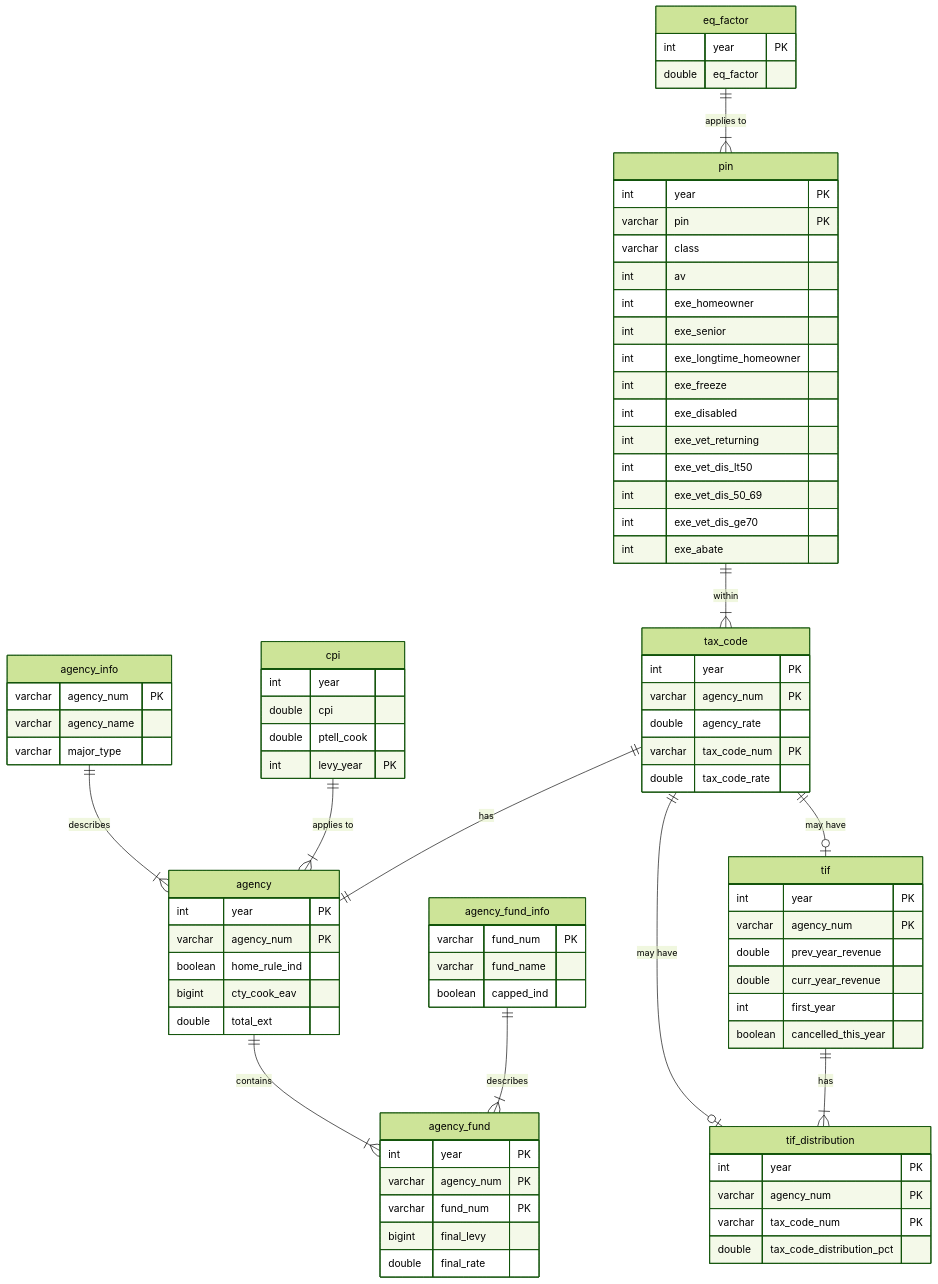
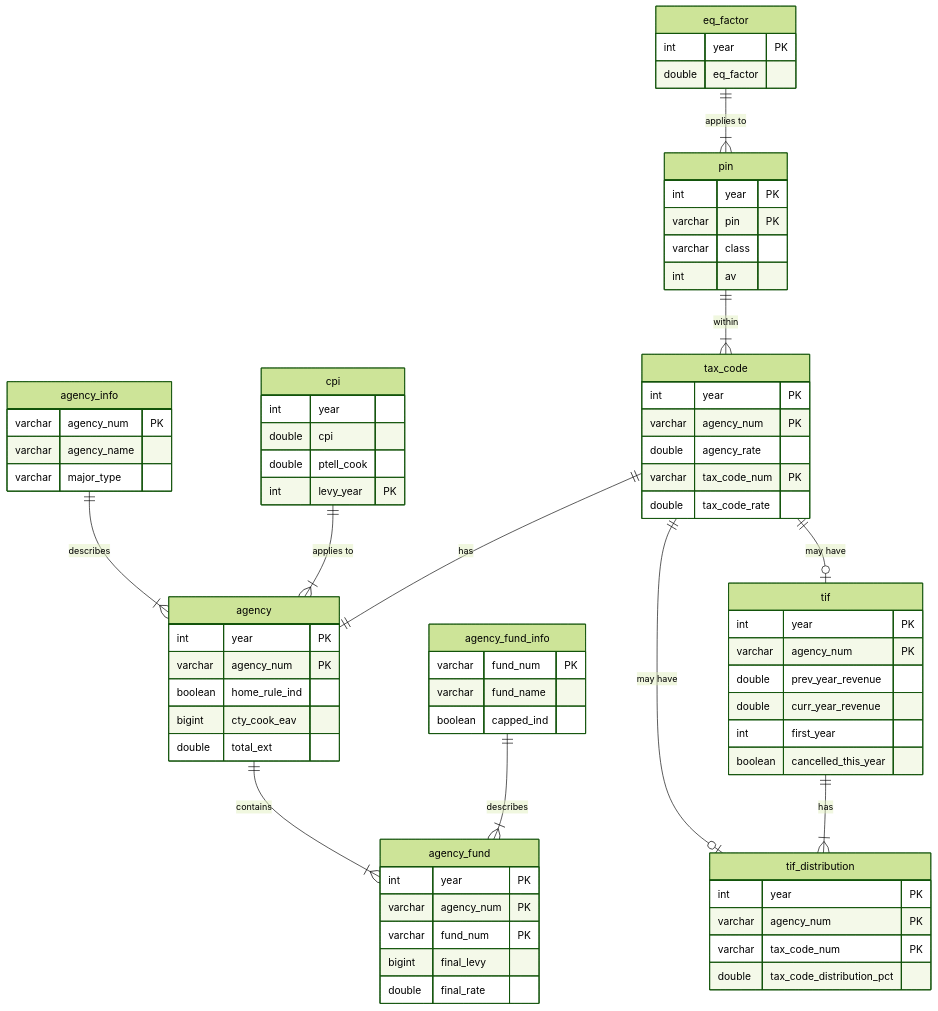
Before and after one commit to ccao-data/ptaxsim: the second of 2 diagrams in README.Rmd, drawn with Mermaid (forest theme). The commit also changed 1 other file, not shown here.

Commit message:
Minimize fields in ERD

```diff
--- a/README.Rmd
+++ b/README.Rmd
@@ -502,16 +502,6 @@
     varchar pin                PK
     varchar class
     int     av
-    int     exe_homeowner
-    int     exe_senior
-    int     exe_longtime_homeowner
-    int     exe_freeze
-    int     exe_disabled
-    int     exe_vet_returning
-    int     exe_vet_dis_lt50
-    int     exe_vet_dis_50_69
-    int     exe_vet_dis_ge70
-    int     exe_abate
   }
 
   tax_code {
```
